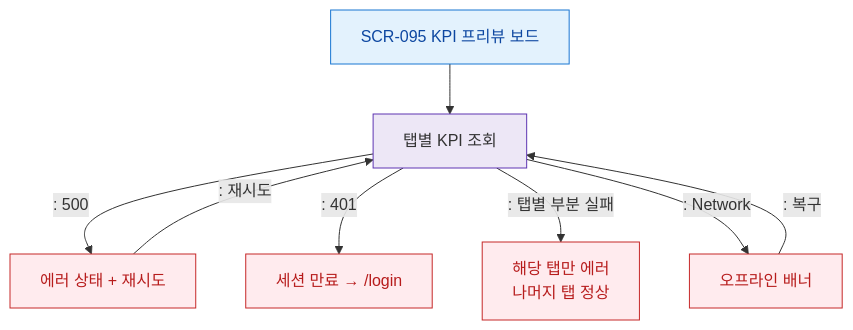
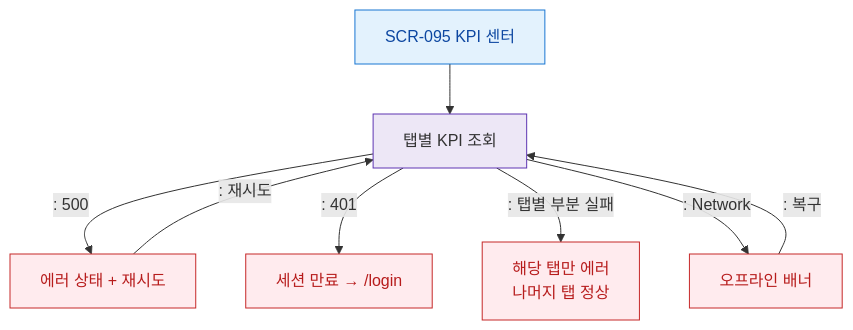
The diagram in docs/admin/다이어그램/D10_본사관리/SCR-095_KPI프리뷰보드/F8_에러.md (dev-spogym/admin-pando), drawn with Mermaid before and after one commit. The commit also changed other lines of this file and 442 other files, not shown here.

````diff
--- a/docs/admin/다이어그램/D10_본사관리/SCR-095_KPI프리뷰보드/F8_에러.md
+++ b/docs/admin/다이어그램/D10_본사관리/SCR-095_KPI프리뷰보드/F8_에러.md
@@ -12,20 +12,20 @@
 ```mermaid
 flowchart TD
-  SCR_095[SCR-095 KPI 프리뷰 보드] --> Load[탭별 KPI 조회]
+  SCR_095[SCR-095 KPI 센터] --> Load[탭별 KPI 조회]
 
   Load -->|": 500"|ErrServer[에러 상태 + 재시도]
   Load -->|": 401"|ErrAuth[세션 만료 → /login]
   Load -->|": 탭별 부분 실패"|ErrPartial[해당 탭만 에러\n나머지 탭 정상]
   Load -->|": Network"|ErrNet[오프라인 배너]
 
   ErrServer -->|": 재시도"|Load
   ErrNet -->|": 복구"|Load
 
   classDef screen fill:#E3F2FD,stroke:#1976D2,color:#0D47A1
   classDef error fill:#FFEBEE,stroke:#C62828,color:#B71C1C
   classDef system fill:#EDE7F6,stroke:#5E35B2
 
   class SCR_095 screen
   class ErrServer,ErrAuth,ErrPartial,ErrNet error
   class Load system
 ```
````
